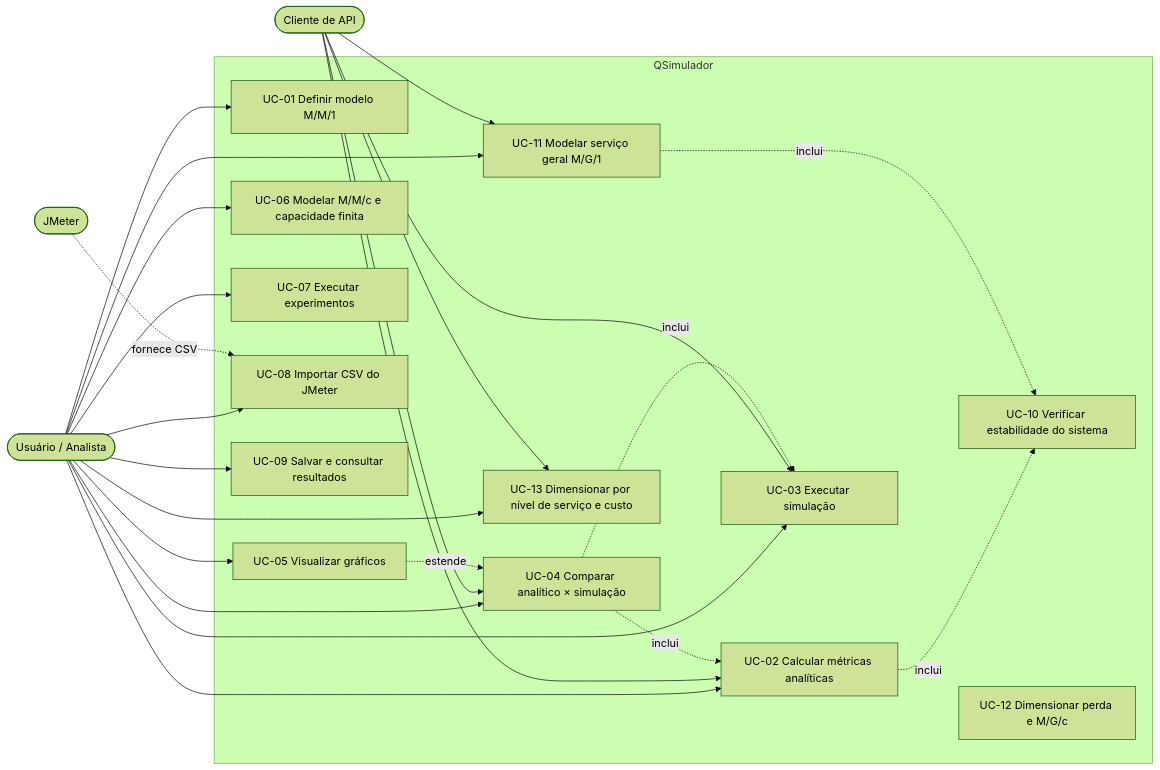
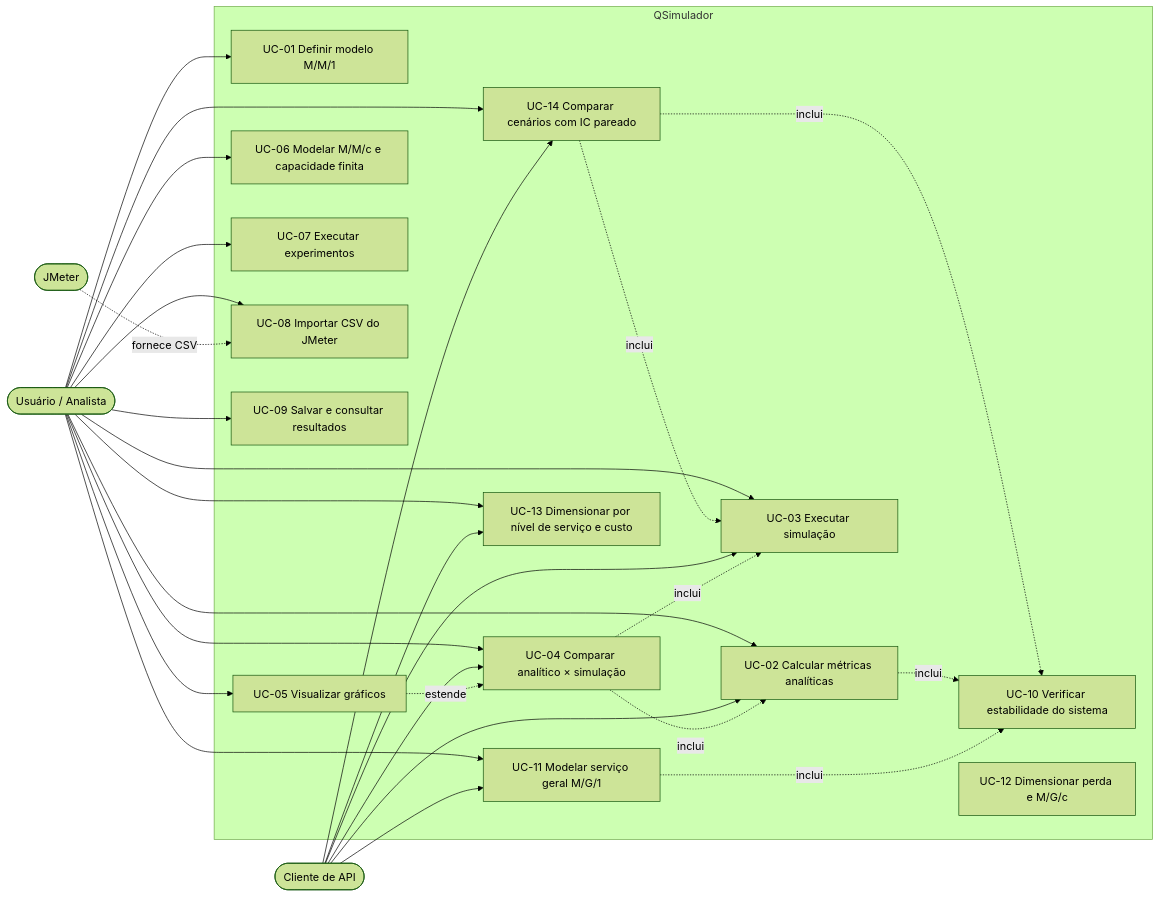
The diagram in docs/casos-de-uso.md (lucifer-son/QSimulador), drawn with Mermaid (forest theme) before and after one commit. The commit also changed other lines of this file and 44 other files, not shown here.

````diff
--- a/docs/casos-de-uso.md
+++ b/docs/casos-de-uso.md
@@ -32,45 +32,50 @@
 ```mermaid
 flowchart LR
     U([Usuário / Analista])
     A([Cliente de API])
     J([JMeter])
 
     subgraph QSimulador
         UC01[UC-01 Definir modelo M/M/1]
         UC02[UC-02 Calcular métricas analíticas]
         UC03[UC-03 Executar simulação]
         UC04[UC-04 Comparar analítico × simulação]
         UC05[UC-05 Visualizar gráficos]
         UC06[UC-06 Modelar M/M/c e capacidade finita]
         UC07[UC-07 Executar experimentos]
         UC08[UC-08 Importar CSV do JMeter]
         UC09[UC-09 Salvar e consultar resultados]
         UC10[UC-10 Verificar estabilidade do sistema]
         UC11[UC-11 Modelar serviço geral M/G/1]
         UC12[UC-12 Dimensionar perda e M/G/c]
         UC13[UC-13 Dimensionar por nível de serviço e custo]
+        UC14[UC-14 Comparar cenários com IC pareado]
     end
 
     U --> UC01
     U --> UC02
     U --> UC03
     U --> UC04
     U --> UC05
     U --> UC06
     U --> UC07
     U --> UC08
     U --> UC09
     U --> UC13
     A --> UC13
+    U --> UC14
+    A --> UC14
+    UC14 -. inclui .-> UC03
+    UC14 -. inclui .-> UC10
     U --> UC11
     A --> UC11
     A --> UC02
     A --> UC03
     A --> UC04
     J -. fornece CSV .-> UC08
     UC02 -. inclui .-> UC10
     UC04 -. inclui .-> UC02
     UC04 -. inclui .-> UC03
     UC05 -. estende .-> UC04
     UC11 -. inclui .-> UC10
 ```
````
